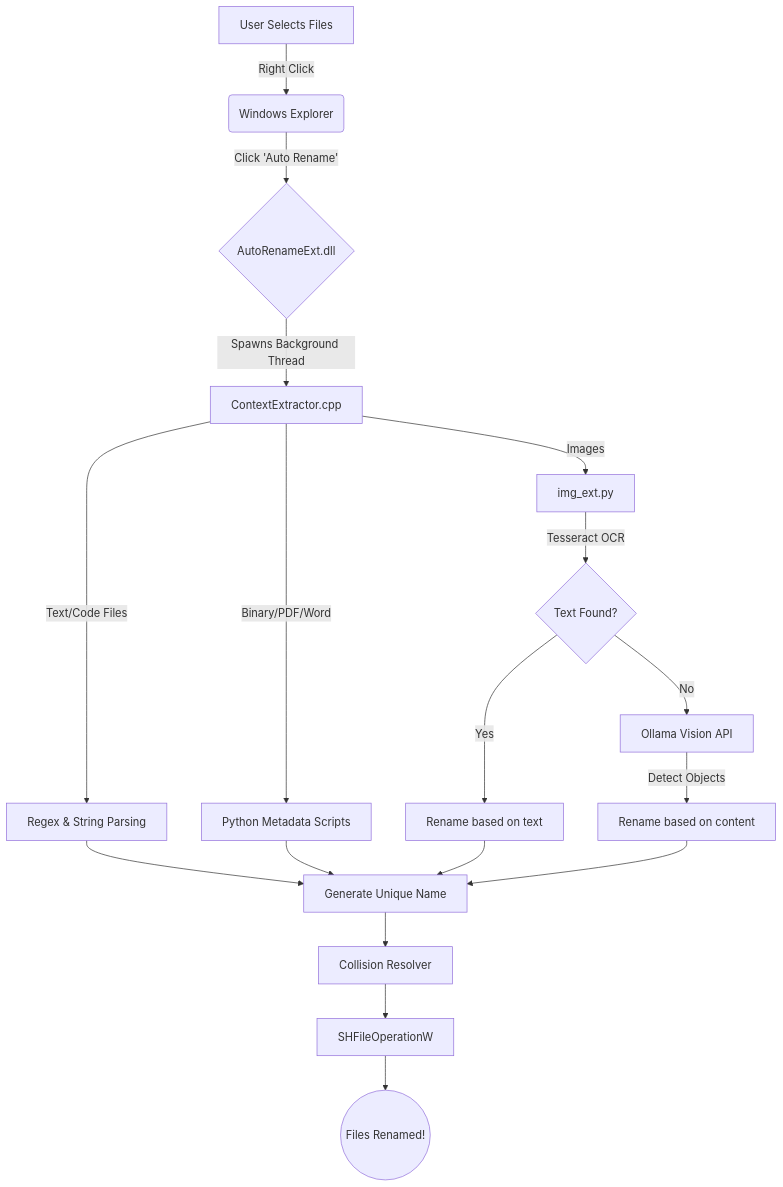
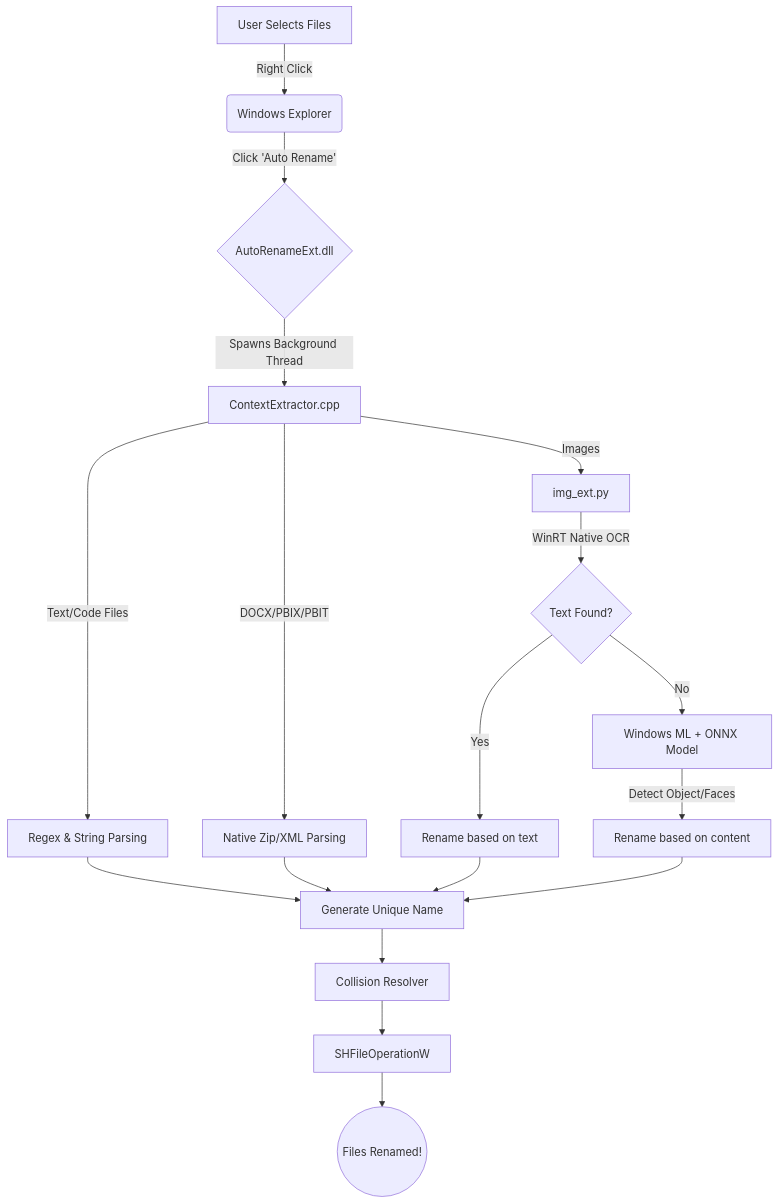
One commit to vishwajittidke/AutoFileRenameApp changed the diagram in README.md. Above: the diagram before and after it, drawn with Mermaid. The commit also changed other lines of this file, not shown here.

Commit message:
Update README to reflect true tech stack (WinRT/ONNX) and fix deployment gaps

````diff
--- a/README.md
+++ b/README.md
@@ -30,24 +30,24 @@
 ```mermaid
 graph TD
     A[User Selects Files] -->|Right Click| B(Windows Explorer)
     B -->|Click 'Auto Rename'| C{AutoRenameExt.dll}
     C -->|Spawns Background Thread| D[ContextExtractor.cpp]
     
     D -->|Text/Code Files| E[Regex & String Parsing]
-    D -->|Binary/PDF/Word| F[Python Metadata Scripts]
+    D -->|DOCX/PBIX/PBIT| F[Native Zip/XML Parsing]
     D -->|Images| G[img_ext.py]
     
-    G -->|Tesseract OCR| H{Text Found?}
+    G -->|WinRT Native OCR| H{Text Found?}
     H -->|Yes| I[Rename based on text]
-    H -->|No| J[Ollama Vision API]
-    J -->|Detect Objects| K[Rename based on content]
+    H -->|No| J[Windows ML + ONNX Model]
+    J -->|Detect Object/Faces| K[Rename based on content]
     
     E --> L[Generate Unique Name]
     F --> L
     I --> L
     K --> L
     
     L --> M[Collision Resolver]
     M --> N[SHFileOperationW]
     N --> O((Files Renamed!))
 ```
````
